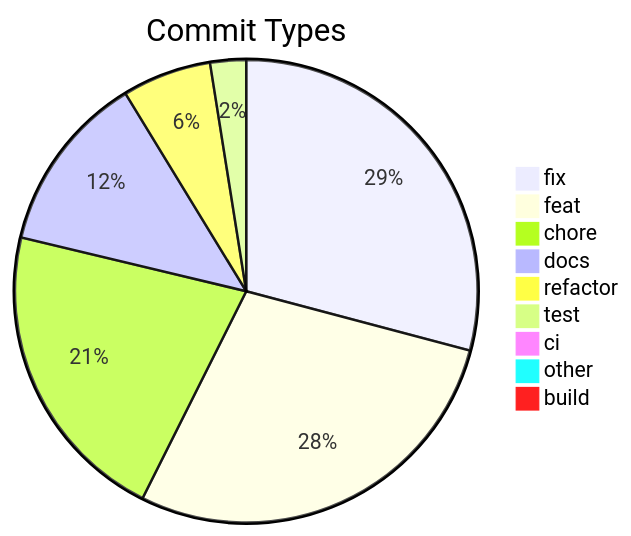
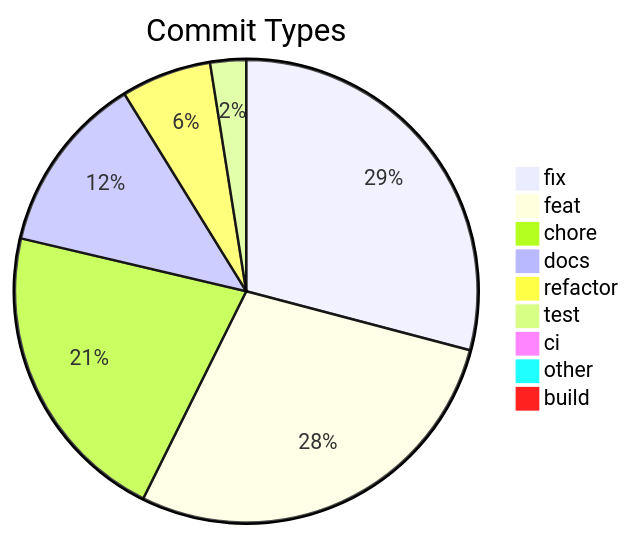
Before and after one commit to svenroth-ai/shipwright: the diagram in .shipwright/compliance/change-history.md, drawn with Mermaid. The commit also changed other lines of this file and 57 other files, not shown here.

````diff
--- a/.shipwright/compliance/change-history.md
+++ b/.shipwright/compliance/change-history.md
@@ -8,12 +8,12 @@
 ```mermaid
 pie title Commit Types
     "fix" : 337
     "feat" : 327
     "chore" : 247
     "docs" : 145
-    "refactor" : 72
+    "refactor" : 73
     "test" : 29
     "ci" : 11
     "other" : 9
     "build" : 1
 ```
````
